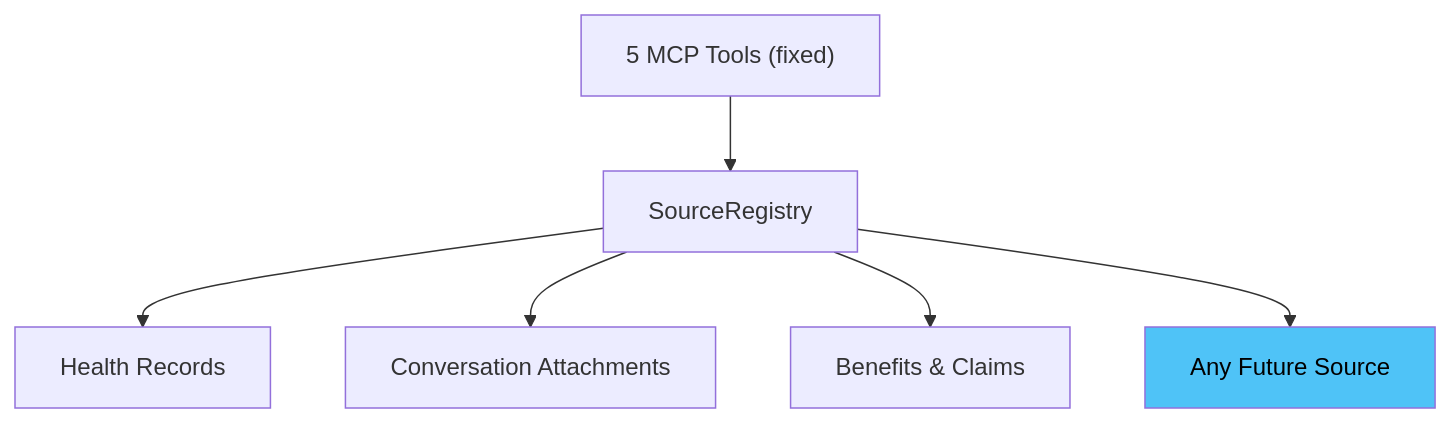
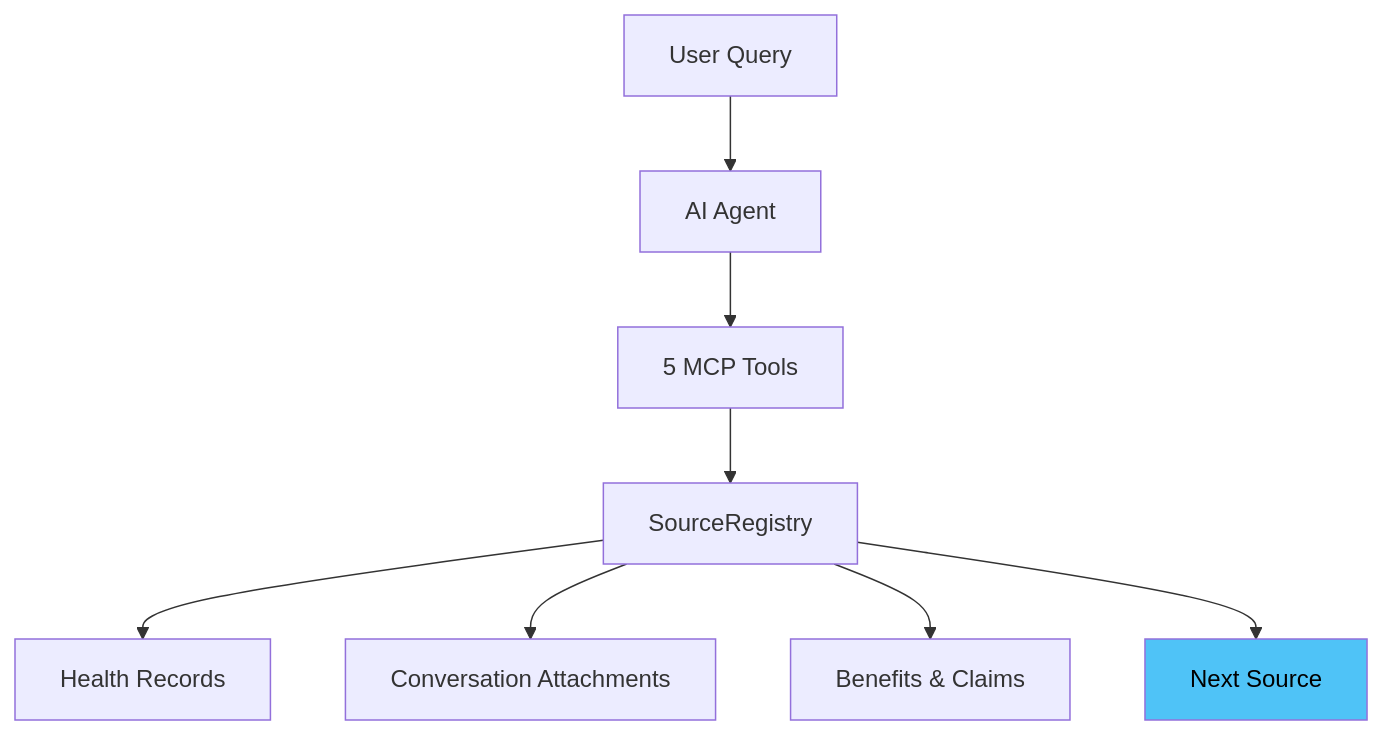
One commit to vinismoraes/hackathon-agent-documents changed the second of 2 diagrams in PRESENTATION.md. Above: the diagram before and after it, drawn with Mermaid. The commit also changed other lines of this file and 10 other files, not shown here.

````diff
--- a/PRESENTATION.md
+++ b/PRESENTATION.md
@@ -87,11 +85,13 @@
 ```mermaid
 flowchart TD
-    Tools["5 MCP Tools (fixed)"] --> Registry["SourceRegistry"]
+    User["User Query"] --> Agent["AI Agent"]
+    Agent --> Tools["5 MCP Tools"]
+    Tools --> Registry["SourceRegistry"]
 
     Registry --> H["Health Records"]
     Registry --> M["Conversation Attachments"]
     Registry --> B["Benefits & Claims"]
-    Registry --> N["Any Future Source"]
+    Registry --> N["Next Source"]
 
     style N fill:#4fc3f7,color:#000
 ```
````
